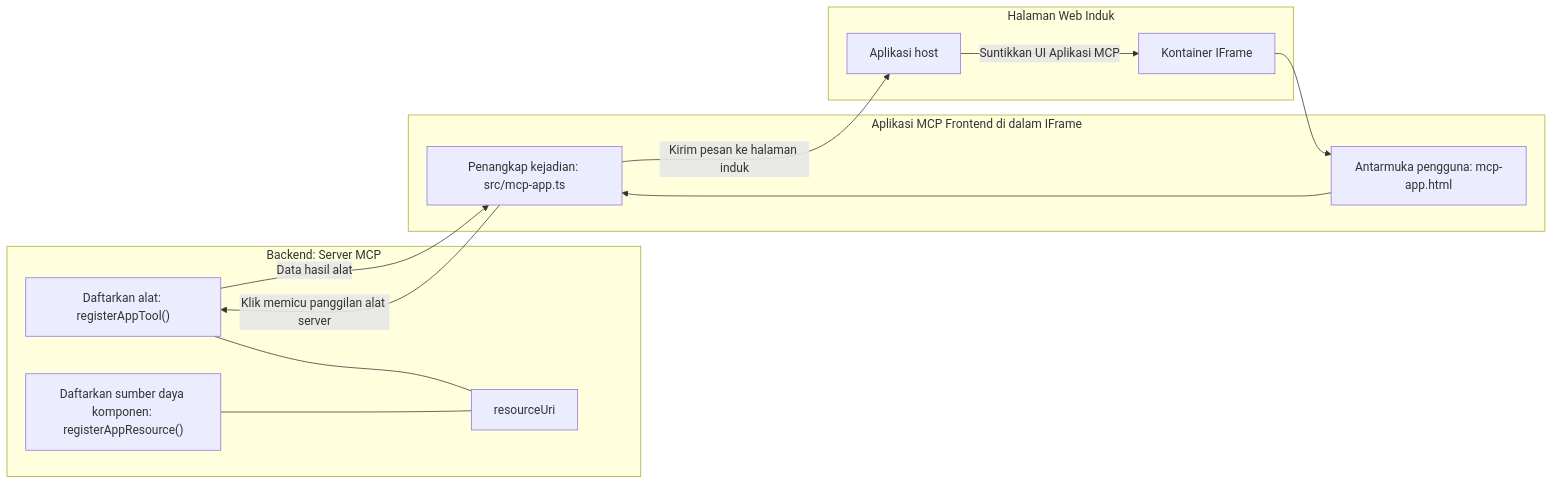
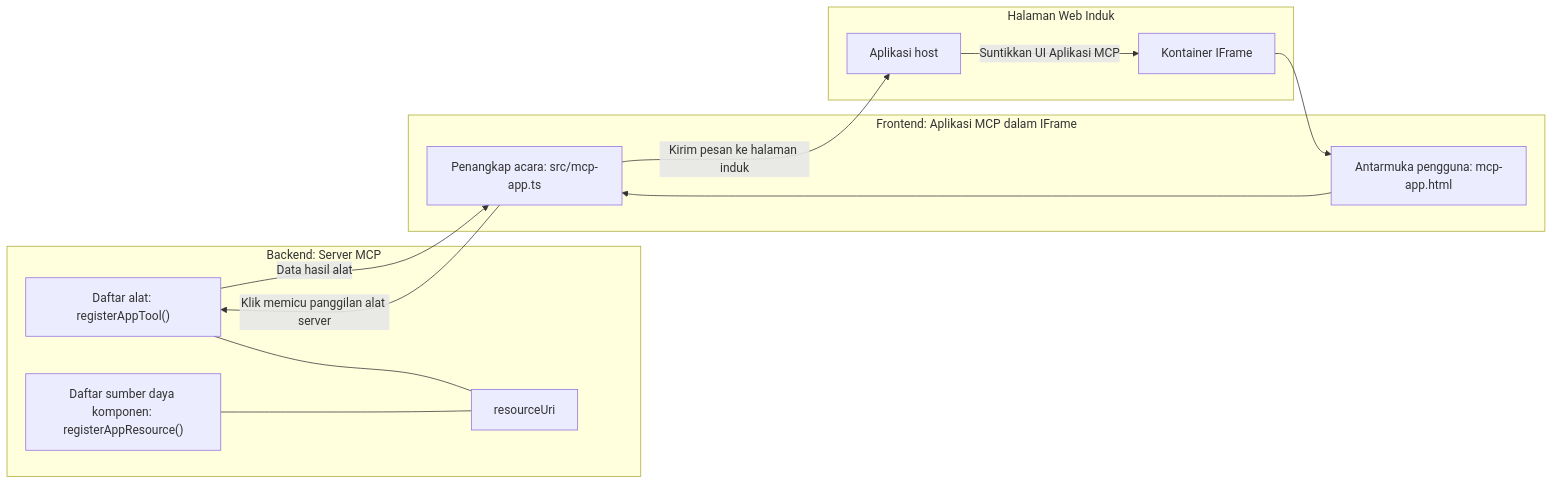
Before and after one commit to HIDORAKAI002/ai-workspace-archive: the diagram in mcp_ecosystem__model_context_protocol/mcp_learning_resources/mcp-for-beginners/translations/id/03-GettingStarted/15-mcp-apps/README.md, drawn with Mermaid. The commit also changed other lines of this file and 1160 other files, not shown here.

````diff
--- a/mcp_ecosystem__model_context_protocol/mcp_learning_resources/mcp-for-beginners/translations/id/03-GettingStarted/15-mcp-apps/README.md
+++ b/mcp_ecosystem__model_context_protocol/mcp_learning_resources/mcp-for-beginners/translations/id/03-GettingStarted/15-mcp-apps/README.md
@@ -32,27 +32,27 @@
 ```mermaid
 flowchart LR
   subgraph Backend[Backend: Server MCP]
-    T["Daftarkan alat: registerAppTool()"]
-    C["Daftarkan sumber daya komponen: registerAppResource()"]
+    T["Daftar alat: registerAppTool()"]
+    C["Daftar sumber daya komponen: registerAppResource()"]
     U[resourceUri]
     T --- U
     C --- U
   end
 
   subgraph Parent[Halaman Web Induk]
     H[Aplikasi host]
     IFRAME[Kontainer IFrame]
     H -->|Suntikkan UI Aplikasi MCP| IFRAME
   end
 
-  subgraph Frontend[Aplikasi MCP Frontend di dalam IFrame]
+  subgraph Frontend[Frontend: Aplikasi MCP dalam IFrame]
     UI["Antarmuka pengguna: mcp-app.html"]
-    EH["Penangkap kejadian: src/mcp-app.ts"]
+    EH["Penangkap acara: src/mcp-app.ts"]
     UI --> EH
   end
 
   IFRAME --> UI
   EH -->|Klik memicu panggilan alat server| T
   T -->|Data hasil alat| EH
   EH -->|Kirim pesan ke halaman induk| H
 ```
````
